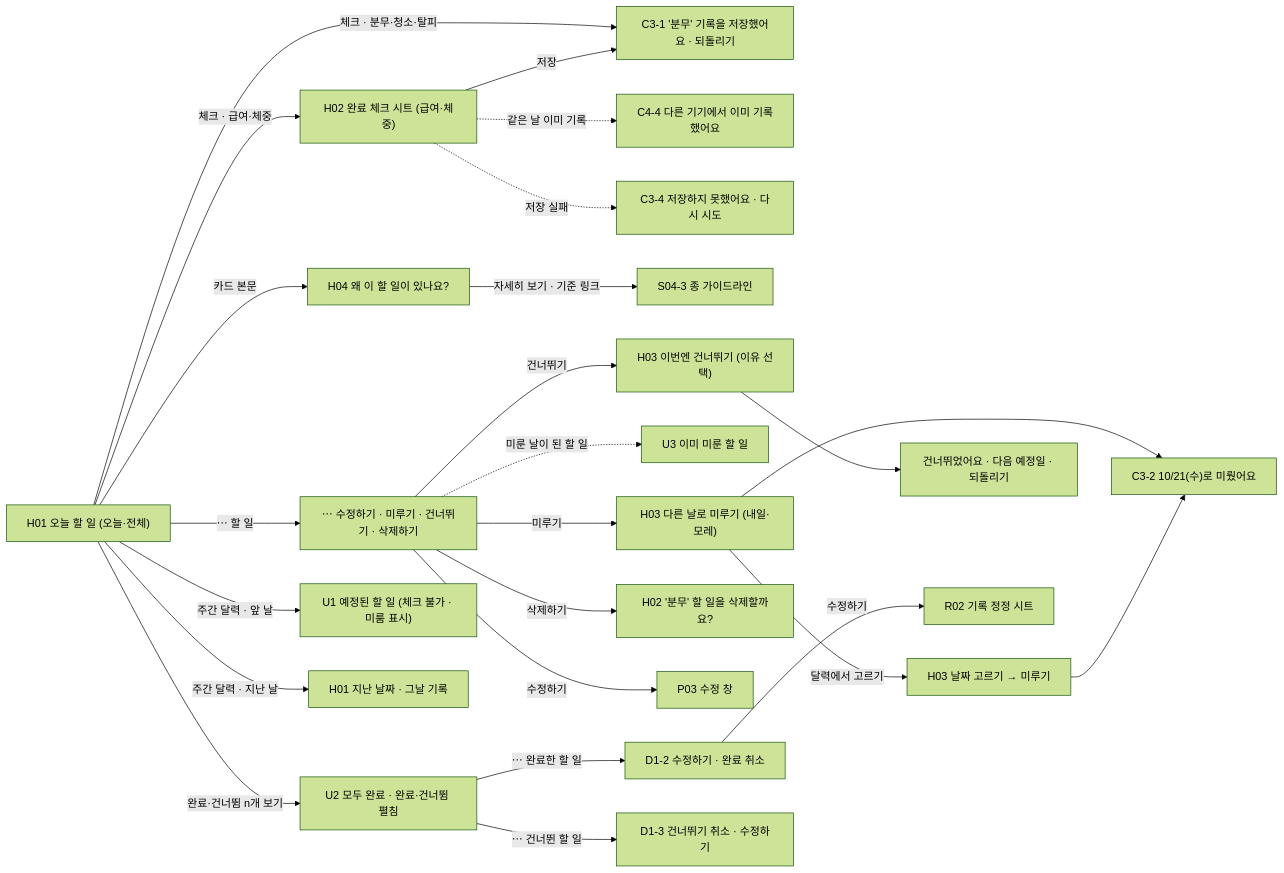
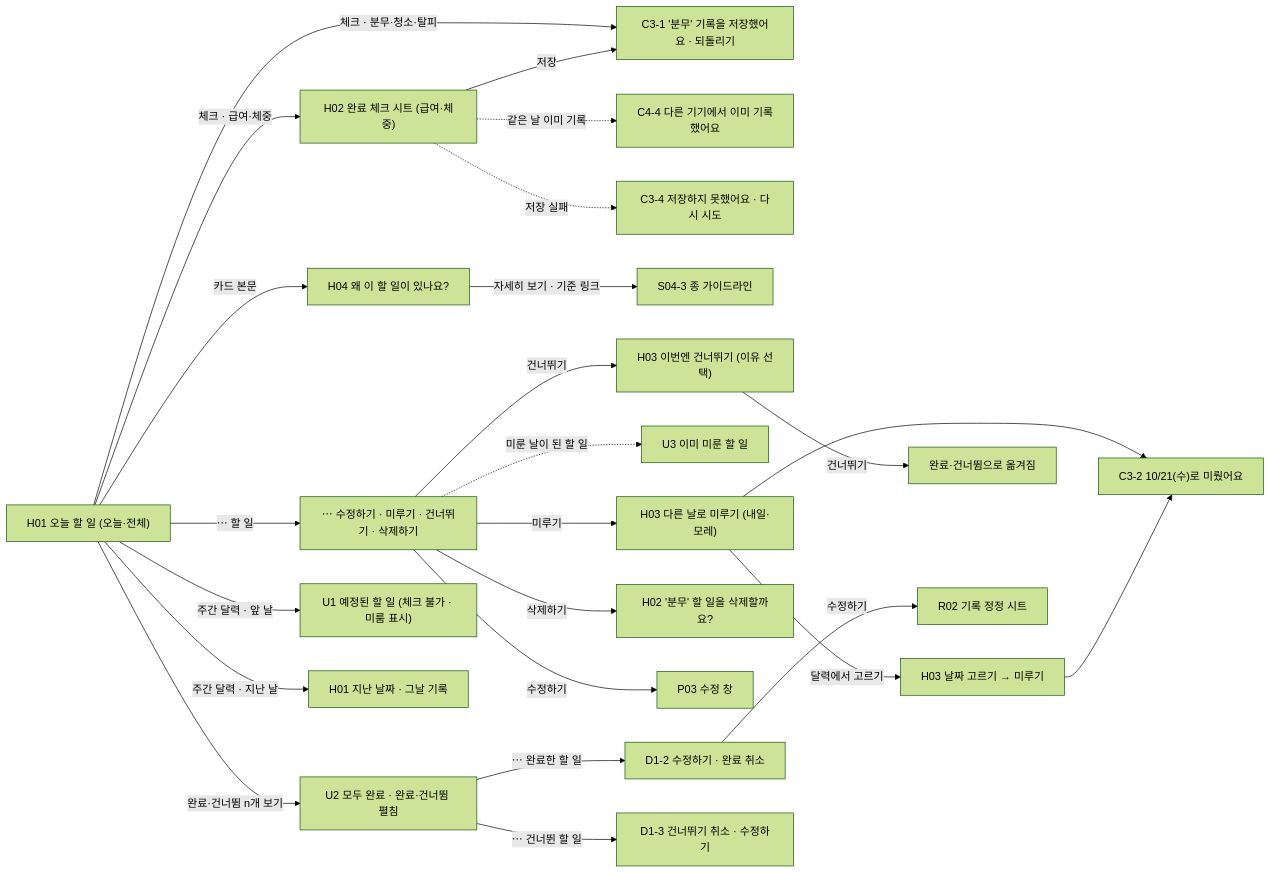
The third of 8 diagrams in docs/screen-flow.md (PABOM-team/frontend), drawn with Mermaid (forest theme) before and after one commit. The commit also changed other lines of this file, not shown here.

````diff
--- a/docs/screen-flow.md
+++ b/docs/screen-flow.md
@@ -93,27 +93,27 @@
 ```mermaid
 flowchart LR
   H01["H01 오늘 할 일 (오늘·전체)"]
   H01 -->|체크 · 급여·체중| H02["H02 완료 체크 시트 (급여·체중)"]
   H01 -->|체크 · 분무·청소·탈피| T1["C3-1 '분무' 기록을 저장했어요 · 되돌리기"]
   H02 -->|저장| T1
   H02 -.->|같은 날 이미 기록| C44["C4-4 다른 기기에서 이미 기록했어요"]
   H02 -.->|저장 실패| C34["C3-4 저장하지 못했어요 · 다시 시도"]
   H01 -->|카드 본문| H04["H04 왜 이 할 일이 있나요?"]
   H04 -->|자세히 보기 · 기준 링크| S04["S04-3 종 가이드라인"]
   H01 -->|⋯ 할 일| M1["⋯ 수정하기 · 미루기 · 건너뛰기 · 삭제하기"]
   M1 -->|미루기| H03["H03 다른 날로 미루기 (내일·모레)"]
   H03 -->|달력에서 고르기| H03C["H03 날짜 고르기 → 미루기"]
   H03 --> T2["C3-2 10/21(수)로 미뤘어요"]
   H03C --> T2
   M1 -.->|미룬 날이 된 할 일| U3["U3 이미 미룬 할 일"]
   M1 -->|건너뛰기| H03S["H03 이번엔 건너뛰기 (이유 선택)"]
-  H03S --> T3["건너뛰었어요 · 다음 예정일 · 되돌리기"]
+  H03S -->|건너뛰기| H01K["완료·건너뜀으로 옮겨짐"]
   M1 -->|삭제하기| H02D["H02 '분무' 할 일을 삭제할까요?"]
   M1 -->|수정하기| P03E["P03 수정 창"]
   H01 -->|완료·건너뜀 n개 보기| U2["U2 모두 완료 · 완료·건너뜀 펼침"]
   U2 -->|⋯ 완료한 할 일| D12["D1-2 수정하기 · 완료 취소"]
   U2 -->|⋯ 건너뛴 할 일| D13["D1-3 건너뛰기 취소 · 수정하기"]
   D12 -->|수정하기| R02["R02 기록 정정 시트"]
   H01 -->|주간 달력 · 앞 날| U1["U1 예정된 할 일 (체크 불가 · 미룸 표시)"]
   H01 -->|주간 달력 · 지난 날| H01P["H01 지난 날짜 · 그날 기록"]
 ```
````
